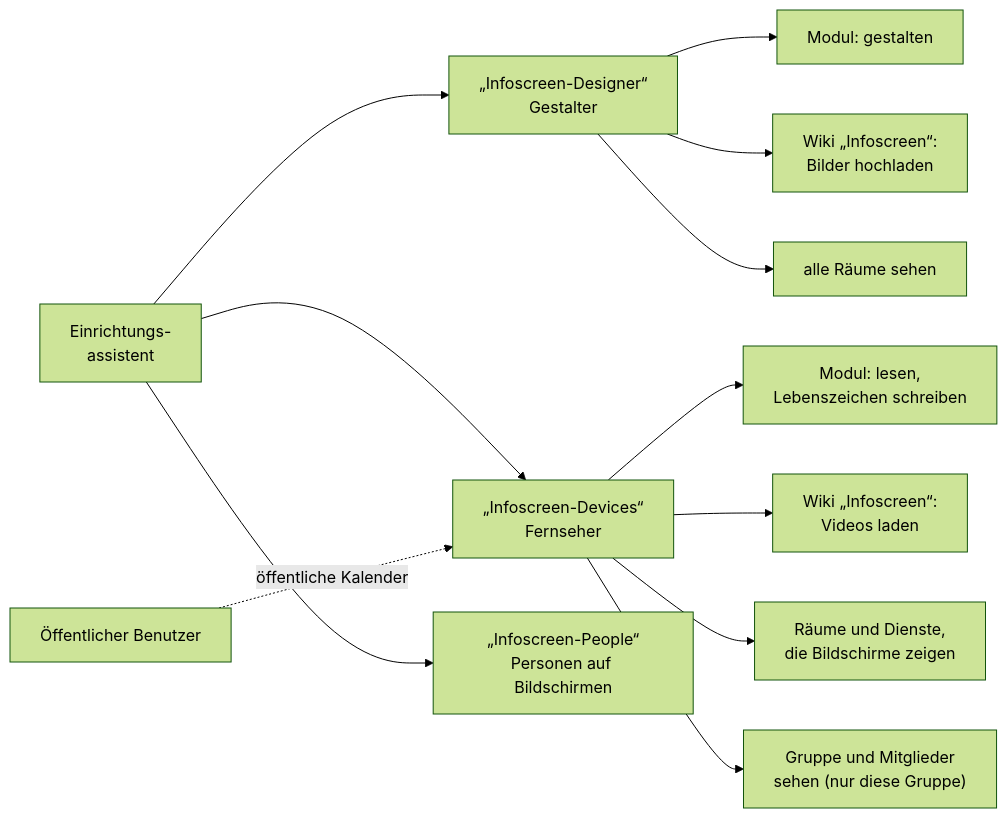
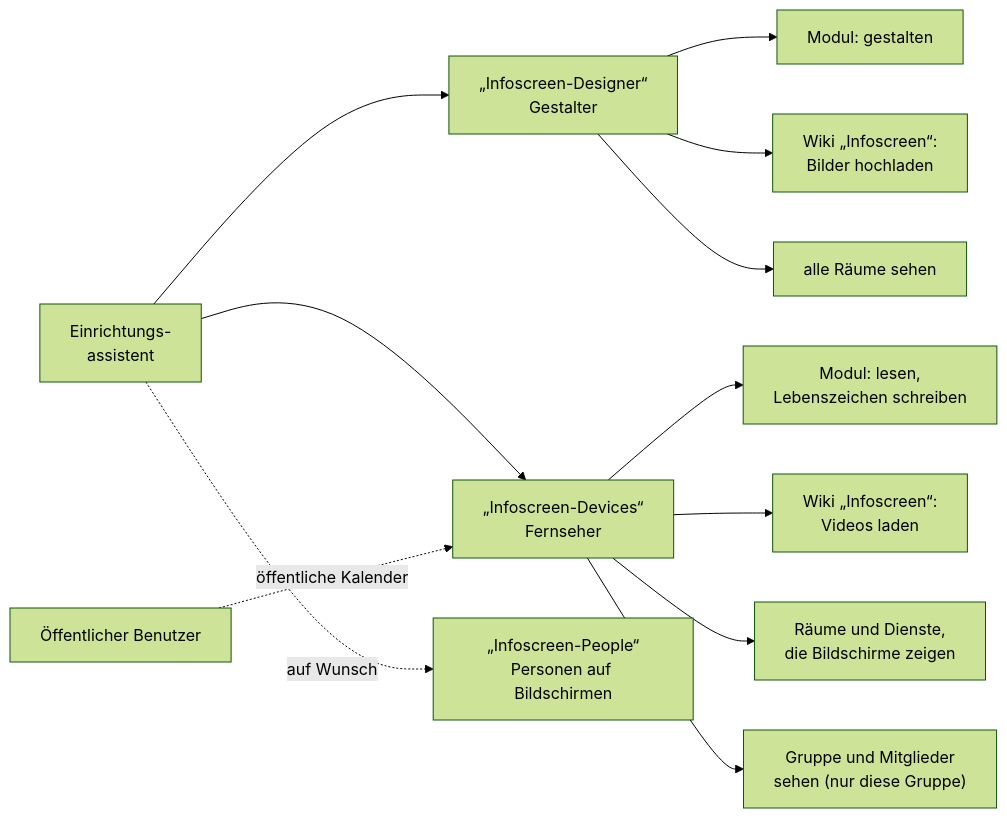
The diagram in docs/Rechte.md (wirsindcgks/churchtools-infoscreen), drawn with Mermaid (forest theme) before and after one commit. The commit also changed other lines of this file and 13 other files, not shown here.

First line of the commit message:
„Infoscreen-People“ nur noch auf Wunsch (#259, Teil 3)

````diff
--- a/docs/Rechte.md
+++ b/docs/Rechte.md
@@ -17,14 +18,14 @@
 ```mermaid
 flowchart LR
     AS["Einrichtungs-<br>assistent"] --> GD["„Infoscreen-Designer“<br>Gestalter"]
     AS --> GV["„Infoscreen-Devices“<br>Fernseher"]
     GD --> M1["Modul: gestalten"]
     GD --> W1["Wiki „Infoscreen“:<br>Bilder hochladen"]
     GD --> R1["alle Räume sehen"]
     GV --> M2["Modul: lesen,<br>Lebenszeichen schreiben"]
     GV --> W2["Wiki „Infoscreen“:<br>Videos laden"]
     GV --> R2["Räume und Dienste,<br>die Bildschirme zeigen"]
-    AS --> GP["„Infoscreen-People“<br>Personen auf Bildschirmen"]
+    AS -.->|"auf Wunsch"| GP["„Infoscreen-People“<br>Personen auf Bildschirmen"]
     GV --> P2["Gruppe und Mitglieder<br>sehen (nur diese Gruppe)"]
     OB["Öffentlicher Benutzer"] -.->|"öffentliche Kalender"| GV
 ```
````
